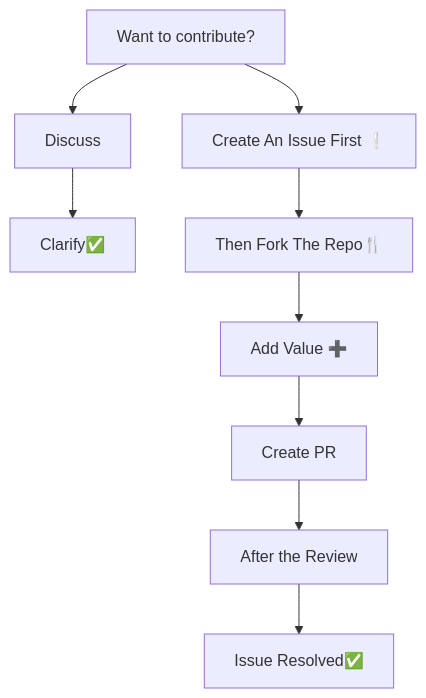
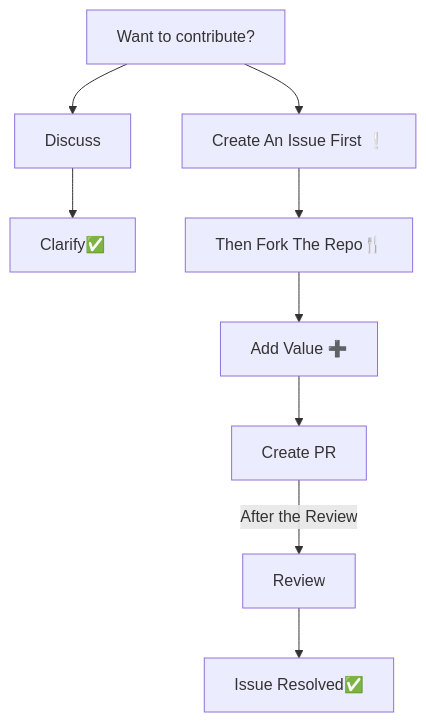
The diagram in CONTRIBUTING.md (PragadeeshM1608/Discrete-Mathematics-and-Its-Applications), drawn with Mermaid before and after one commit.

````diff
--- a/CONTRIBUTING.md
+++ b/CONTRIBUTING.md
@@ -16,6 +16,8 @@
 ```mermaid
 graph TD
 Contribute[Want to contribute?]
 Contribute --> Discuss --> clarify[Clarify✅]
-Contribute --> Issue[Create An Issue First ❕] --> Fork[Then Fork The Repo🍴] --> Value[Add Value ➕] --> Pr[Create PR] --> Review[After the Review] --> Done[Issue Resolved✅]
+Contribute --> Issue[Create An Issue First ❕] --> Fork[Then Fork The Repo🍴] --> Value[Add Value ➕] --> Pr[Create PR]
+ Pr -->|After the Review| Review
+ Review --> Done[Issue Resolved✅]
 ``` 
````
